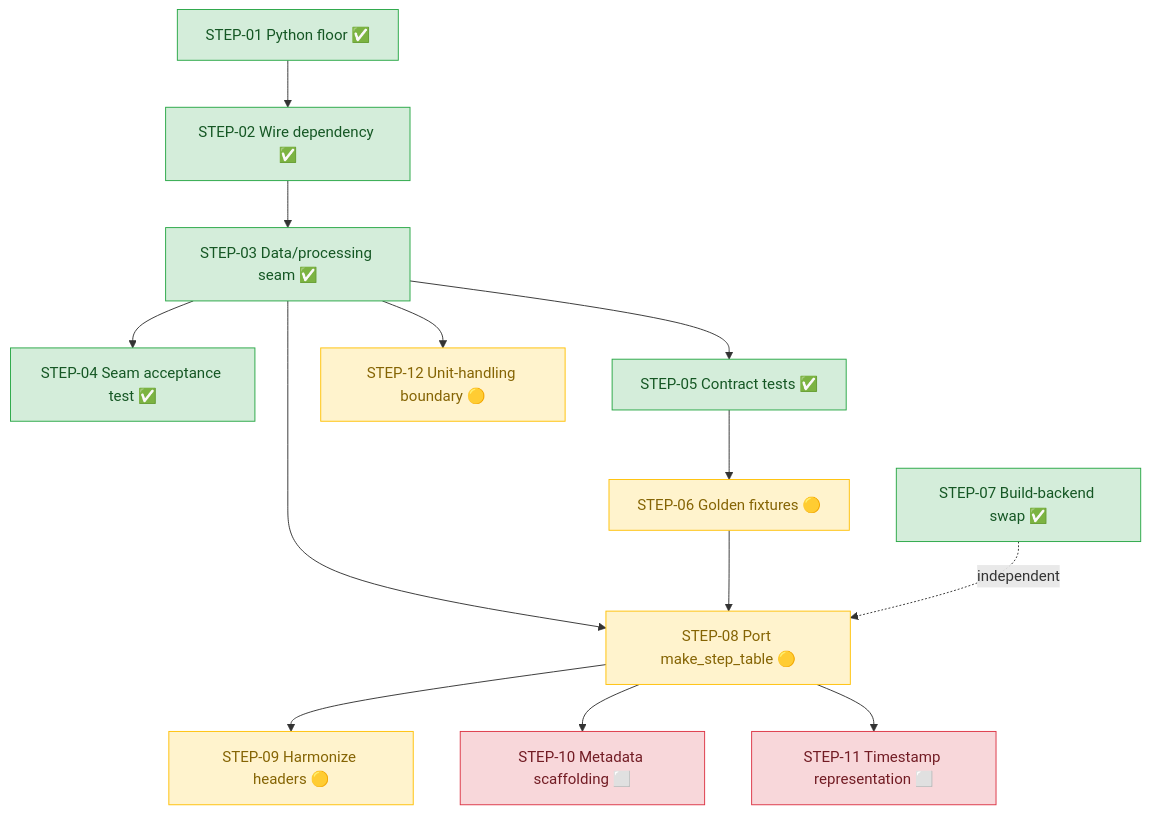
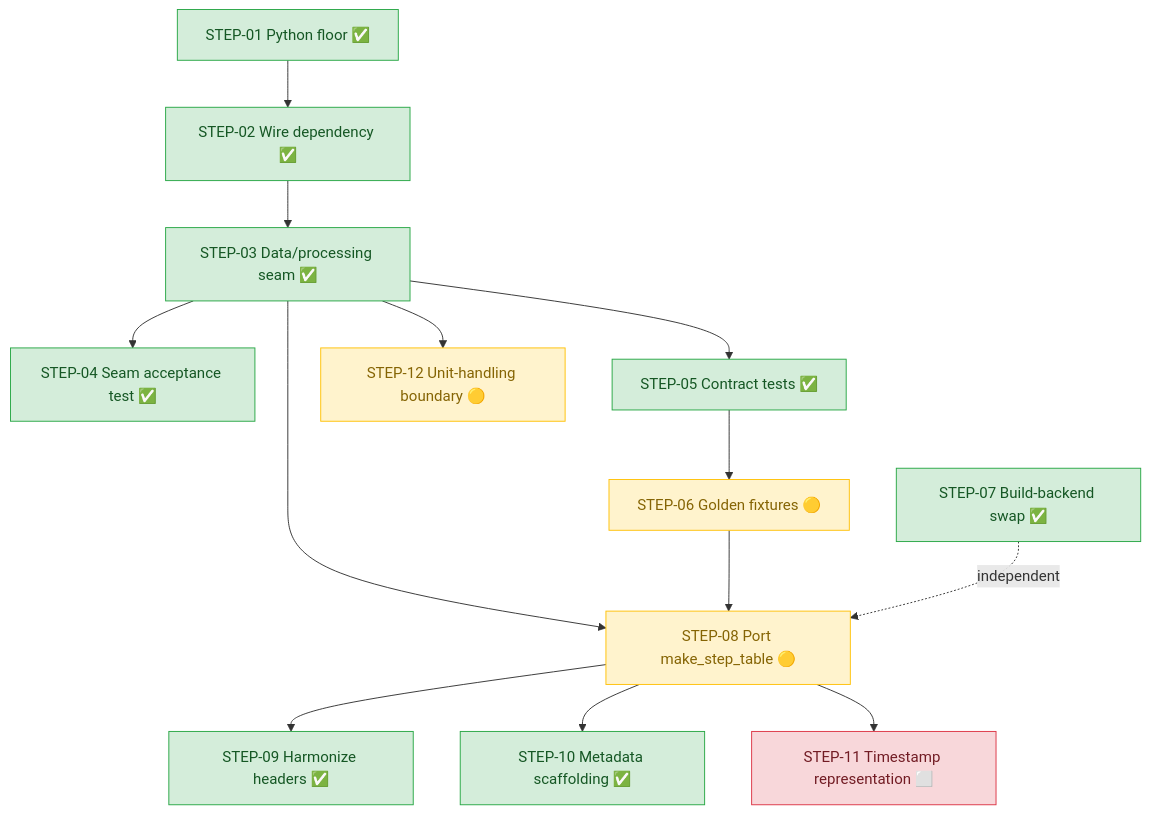
Before and after one commit to cellpy/cellpy-core: the diagram in .issueflows/04-designs-and-guides/cellpy-core-integration-roadmap.md, drawn with Mermaid. The commit also changed other lines of this file, not shown here.

First line of the commit message:
docs: reconcile roadmap — STEP-09 and STEP-10 now done

````diff
--- a/.issueflows/04-designs-and-guides/cellpy-core-integration-roadmap.md
+++ b/.issueflows/04-designs-and-guides/cellpy-core-integration-roadmap.md
@@ -297,22 +301,22 @@
 ```mermaid
 flowchart TD
     S01["STEP-01 Python floor ✅"] --> S02["STEP-02 Wire dependency ✅"]
     S02 --> S03["STEP-03 Data/processing seam ✅"]
     S03 --> S04["STEP-04 Seam acceptance test ✅"]
     S03 --> S05["STEP-05 Contract tests ✅"]
     S05 --> S06["STEP-06 Golden fixtures 🟡"]
     S03 --> S08["STEP-08 Port make_step_table 🟡"]
     S06 --> S08
-    S08 --> S09["STEP-09 Harmonize headers 🟡"]
-    S08 --> S10["STEP-10 Metadata scaffolding ⬜"]
+    S08 --> S09["STEP-09 Harmonize headers ✅"]
+    S08 --> S10["STEP-10 Metadata scaffolding ✅"]
     S08 --> S11["STEP-11 Timestamp representation ⬜"]
     S03 --> S12["STEP-12 Unit-handling boundary 🟡"]
     S07["STEP-07 Build-backend swap ✅"] -.independent.-> S08
 
     classDef done fill:#d4edda,stroke:#28a745,color:#155724;
     classDef partly fill:#fff3cd,stroke:#ffc107,color:#856404;
     classDef todo fill:#f8d7da,stroke:#dc3545,color:#721c24;
-    class S01,S02,S03,S04,S05,S07 done;
-    class S06,S08,S09,S12 partly;
-    class S10,S11 todo;
+    class S01,S02,S03,S04,S05,S07,S09,S10 done;
+    class S06,S08,S12 partly;
+    class S11 todo;
 ```
````
